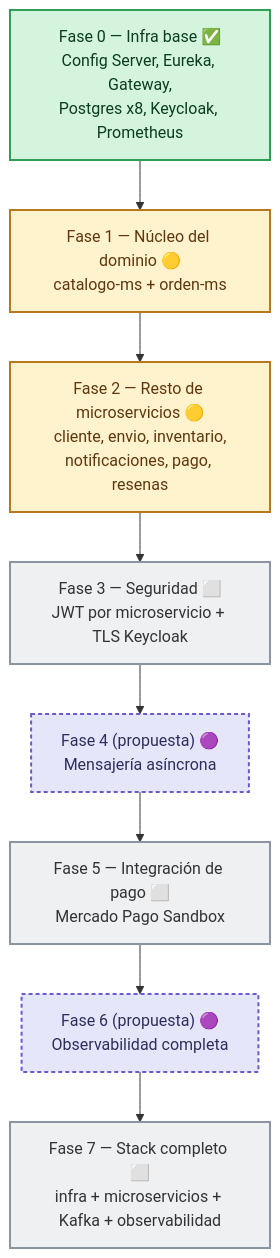
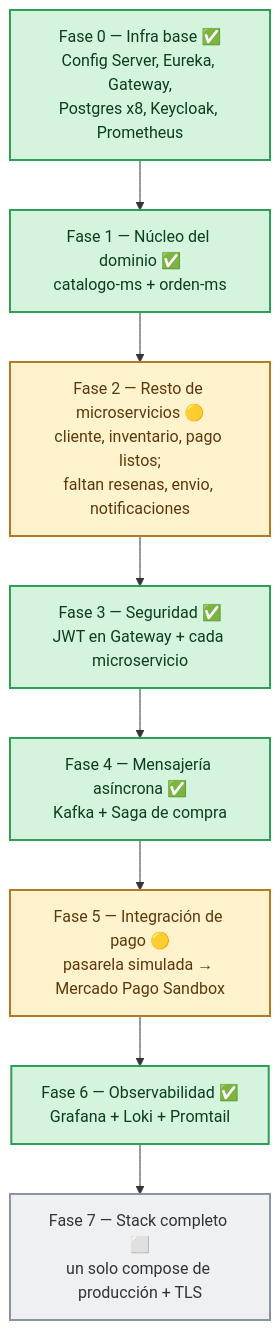
The fourth of 4 diagrams in README.md (anghelo523/nextlook), drawn with Mermaid before and after one commit. The commit also changed other lines of this file, not shown here.

````diff
--- a/README.md
+++ b/README.md
@@ -262,23 +339,21 @@
 ```mermaid
 flowchart TD
     F0["Fase 0 — Infra base ✅<br/>Config Server, Eureka, Gateway,<br/>Postgres x8, Keycloak, Prometheus"]
-    F1["Fase 1 — Núcleo del dominio 🟡<br/>catalogo-ms + orden-ms"]
-    F2["Fase 2 — Resto de microservicios 🟡<br/>cliente, envio, inventario,<br/>notificaciones, pago, resenas"]
-    F3["Fase 3 — Seguridad ⬜<br/>JWT por microservicio + TLS Keycloak"]
-    F4["Fase 4 (propuesta) 🟣<br/>Mensajería asíncrona"]
-    F5["Fase 5 — Integración de pago ⬜<br/>Mercado Pago Sandbox"]
-    F6["Fase 6 (propuesta) 🟣<br/>Observabilidad completa"]
-    F7["Fase 7 — Stack completo ⬜<br/>infra + microservicios + Kafka + observabilidad"]
+    F1["Fase 1 — Núcleo del dominio ✅<br/>catalogo-ms + orden-ms"]
+    F2["Fase 2 — Resto de microservicios 🟡<br/>cliente, inventario, pago listos;<br/>faltan resenas, envio, notificaciones"]
+    F3["Fase 3 — Seguridad ✅<br/>JWT en Gateway + cada microservicio"]
+    F4["Fase 4 — Mensajería asíncrona ✅<br/>Kafka + Saga de compra"]
+    F5["Fase 5 — Integración de pago 🟡<br/>pasarela simulada → Mercado Pago Sandbox"]
+    F6["Fase 6 — Observabilidad ✅<br/>Grafana + Loki + Promtail"]
+    F7["Fase 7 — Stack completo ⬜<br/>un solo compose de producción + TLS"]
 
     F0 --> F1 --> F2 --> F3 --> F4 --> F5 --> F6 --> F7
 
     classDef done fill:#d4f4dd,stroke:#2f9e57,stroke-width:2px,color:#0b3d1f;
     classDef progress fill:#fff3cd,stroke:#b7791f,stroke-width:2px,color:#5f370e;
     classDef pending fill:#eef0f2,stroke:#8a94a3,stroke-width:2px,color:#333;
-    classDef proposed fill:#e6e6fa,stroke:#6a5acd,stroke-width:2px,stroke-dasharray: 4 3,color:#2e2e5c;
 
-    class F0 done;
-    class F1,F2 progress;
-    class F3,F5,F7 pending;
-    class F4,F6 proposed;
+    class F0,F1,F3,F4,F6 done;
+    class F2,F5 progress;
+    class F7 pending;
 ```
````
